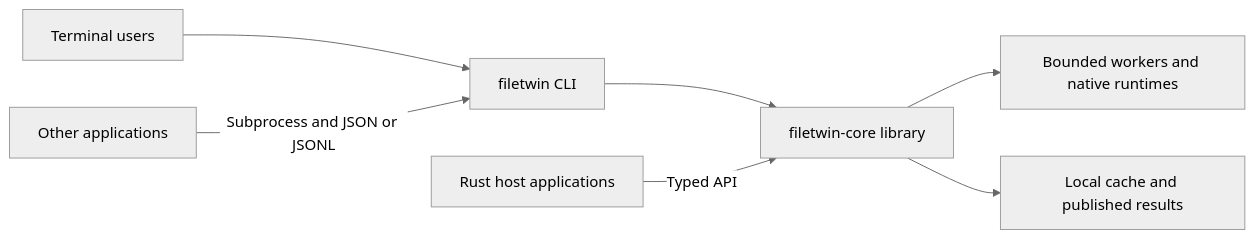
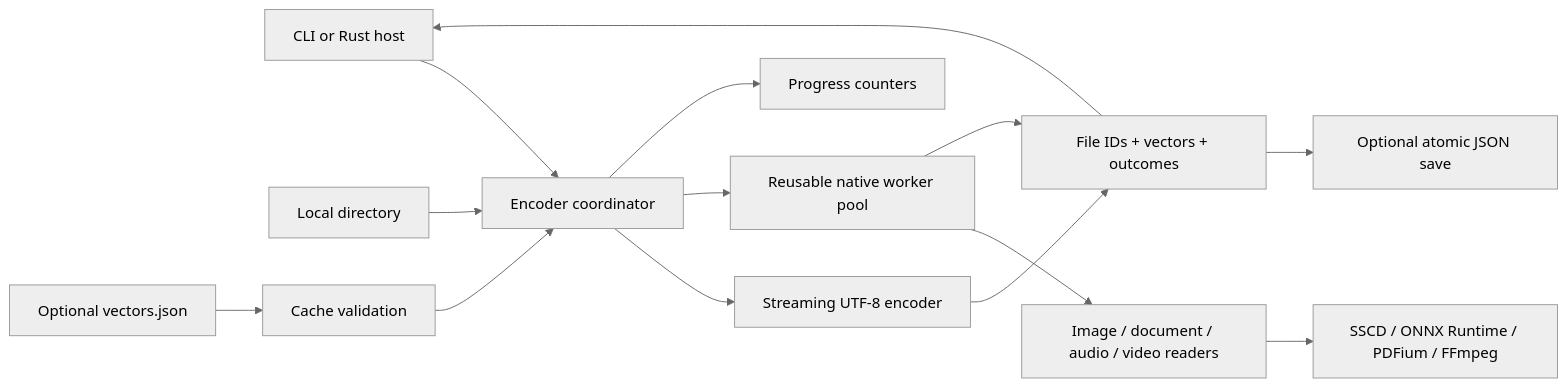
One commit to wkyle251/FileTwin changed the diagram in file-similarity-architecture.md. Above: the diagram before and after it, drawn with Mermaid (neutral theme). The commit also changed other lines of this file and 60 other files, not shown here.

````diff
--- a/file-similarity-architecture.md
+++ b/file-similarity-architecture.md
@@ -683,9 +38,16 @@
 ```mermaid
 flowchart LR
-    T[Terminal users] --> C[filetwin CLI]
-    A[Other applications] -->|Subprocess and JSON or JSONL| C
-    C --> E[filetwin-core library]
-    R[Rust host applications] -->|Typed API| E
-    E --> W[Bounded workers and native runtimes]
-    E --> D[Local cache and published results]
+  Caller[CLI or Rust host] --> Engine[Encoder coordinator]
+  Dir[Local directory] --> Engine
+  Prior[Optional vectors.json] --> Validate[Cache validation]
+  Validate --> Engine
+  Engine --> Text[Streaming UTF-8 encoder]
+  Engine --> Pool[Reusable native worker pool]
+  Pool --> Readers[Image / document / audio / video readers]
+  Readers --> Models[SSCD / ONNX Runtime / PDFium / FFmpeg]
+  Text --> Result[File IDs + vectors + outcomes]
+  Pool --> Result
+  Engine --> Progress[Progress counters]
+  Result --> Caller
+  Result --> Saved[Optional atomic JSON save]
 ```
````
